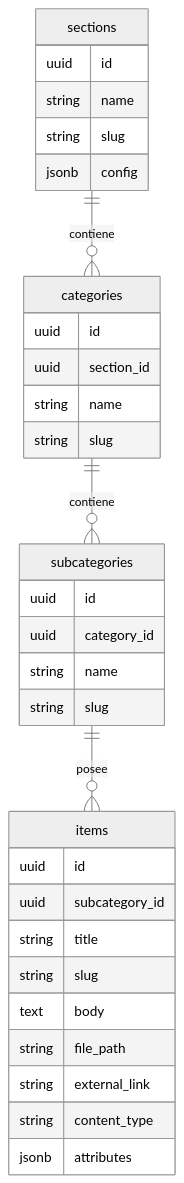
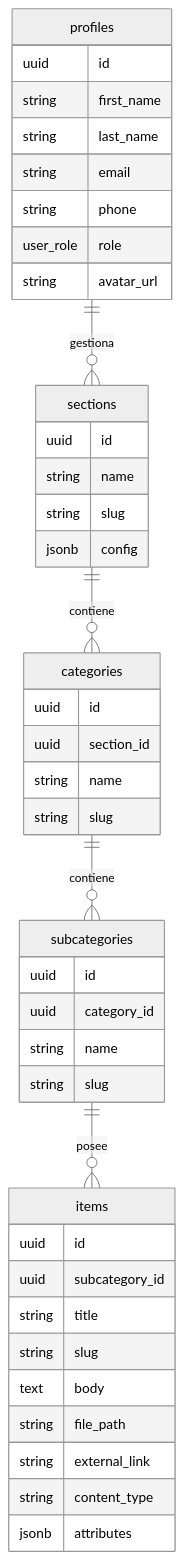
One commit to FMontes-alt/AdminPanel-Telmark changed the diagram in docs/DATABASE_DESIGN.md. Above: the diagram before and after it, drawn with Mermaid (neutral theme). The commit also changed other lines of this file and 4 other files, not shown here.

Commit message:
feat: Implement initial database schema with Drizzle ORM and design documentation.

````diff
--- a/docs/DATABASE_DESIGN.md
+++ b/docs/DATABASE_DESIGN.md
@@ -20,39 +20,50 @@
 ```mermaid
 erDiagram
+    profiles ||--o{ sections : "gestiona"
     sections ||--o{ categories : "contiene"
     categories ||--o{ subcategories : "contiene"
     subcategories ||--o{ items : "posee"
+
+    profiles {
+        uuid id
+        string first_name
+        string last_name
+        string email
+        string phone
+        user_role role
+        string avatar_url
+    }
 
     sections {
         uuid id
         string name
         string slug
         jsonb config
     }
 
     categories {
         uuid id
         uuid section_id
         string name
         string slug
     }
 
     subcategories {
         uuid id
         uuid category_id
         string name
         string slug
     }
 
     items {
         uuid id
         uuid subcategory_id
         string title
         string slug
         text body
         string file_path
         string external_link
         string content_type
         jsonb attributes
     }
 ```
````
